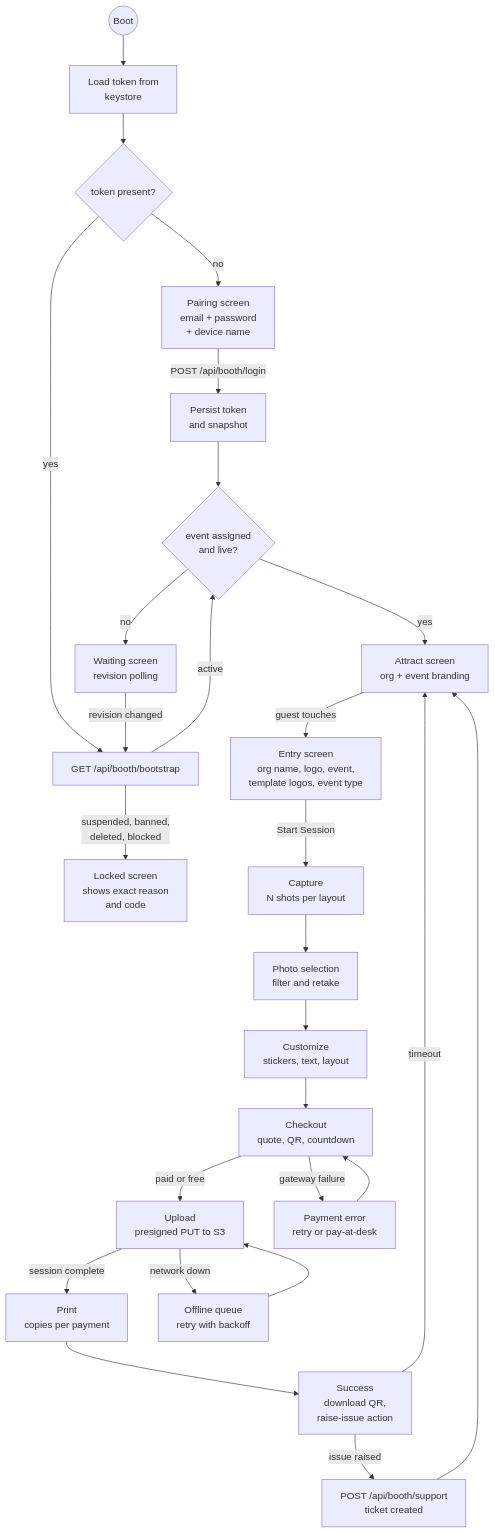
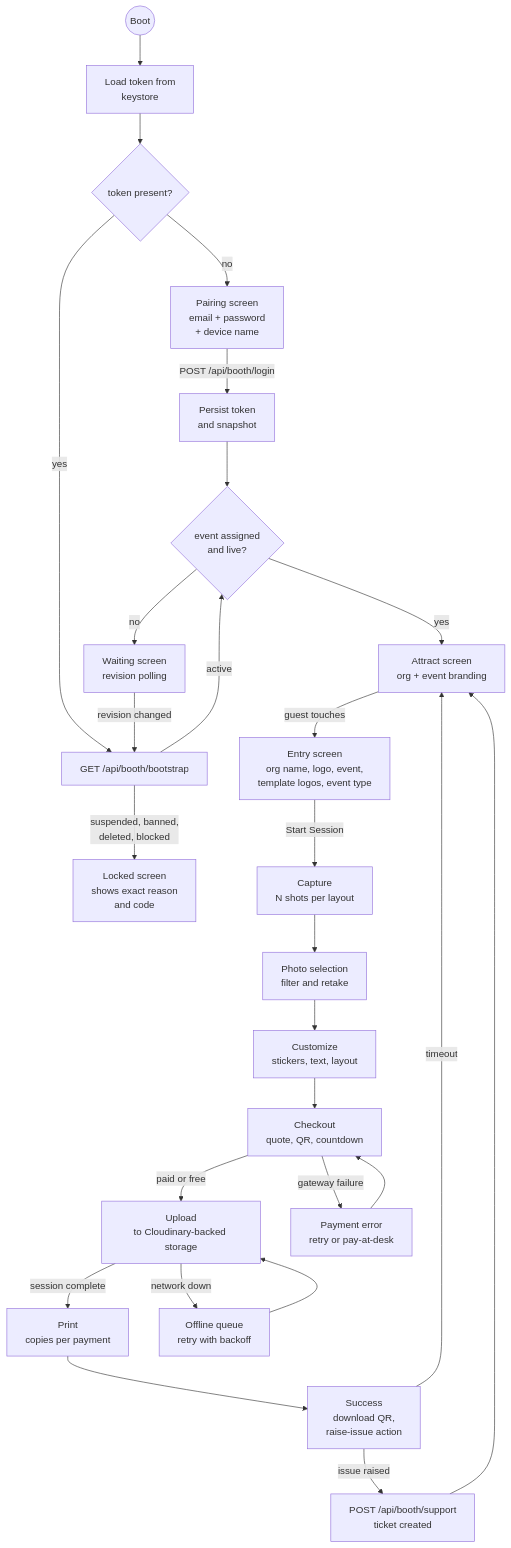
Before and after one commit to Krishna-Vineet/local: diagram 26 of 29 in docs/DIAGRAMS.md, drawn with Mermaid. The commit also changed other lines of this file and 38 other files, not shown here.

````diff
--- a/docs/DIAGRAMS.md
+++ b/docs/DIAGRAMS.md
@@ -1955,29 +1959,29 @@
 ```mermaid
 flowchart TB
   S0(("Boot")) --> S1["Load token from<br/>keystore"]
   S1 --> S2{"token present?"}
   S2 -->|"no"| S3["Pairing screen<br/>email + password<br/>+ device name"]
   S3 -->|"POST /api/booth/login"| S4["Persist token<br/>and snapshot"]
   S2 -->|"yes"| S5["GET /api/booth/bootstrap"]
   S5 -->|"active"| S6{"event assigned<br/>and live?"}
   S5 -->|"suspended, banned,<br/>deleted, blocked"| S7["Locked screen<br/>shows exact reason<br/>and code"]
   S4 --> S6
   S6 -->|"no"| S8["Waiting screen<br/>revision polling"]
   S8 -->|"revision changed"| S5
   S6 -->|"yes"| S9["Attract screen<br/>org + event branding"]
   S9 -->|"guest touches"| S10["Entry screen<br/>org name, logo, event,<br/>template logos, event type"]
   S10 -->|"Start Session"| S11["Capture<br/>N shots per layout"]
   S11 --> S12["Photo selection<br/>filter and retake"]
   S12 --> S13["Customize<br/>stickers, text, layout"]
   S13 --> S14["Checkout<br/>quote, QR, countdown"]
-  S14 -->|"paid or free"| S15["Upload<br/>presigned PUT to S3"]
+  S14 -->|"paid or free"| S15["Upload<br/>to Cloudinary-backed storage"]
   S15 -->|"session complete"| S16["Print<br/>copies per payment"]
   S16 --> S17["Success<br/>download QR,<br/>raise-issue action"]
   S17 -->|"issue raised"| S18["POST /api/booth/support<br/>ticket created"]
   S17 -->|"timeout"| S9
   S18 --> S9
   S14 -->|"gateway failure"| S19["Payment error<br/>retry or pay-at-desk"]
   S19 --> S14
   S15 -->|"network down"| S20["Offline queue<br/>retry with backoff"]
   S20 --> S15
 ```
````
